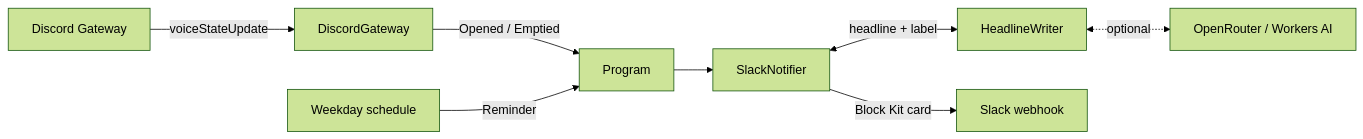
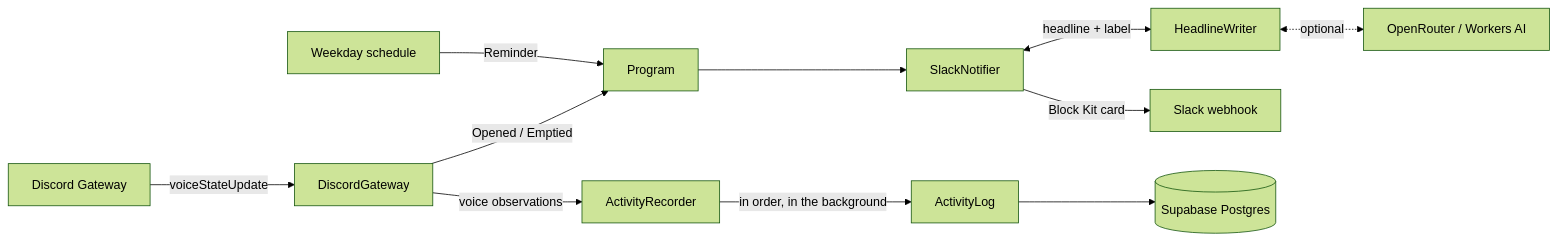
One commit to ChristopherPHolder/virtual-office-notifier changed the diagram in README.md. Above: the diagram before and after it, drawn with Mermaid (forest theme). The commit also changed other lines of this file and 19 other files, not shown here.

First line of the commit message:
feat: record office voice activity in Supabase

````diff
--- a/README.md
+++ b/README.md
@@ -71,10 +72,13 @@
 ```mermaid
 flowchart LR
   Discord[Discord Gateway] -->|voiceStateUpdate| Gateway[DiscordGateway]
   Gateway -->|Opened / Emptied| Program
   Schedule[Weekday schedule] -->|Reminder| Program
   Program --> Notifier[SlackNotifier]
   Notifier <-->|headline + label| Writer[HeadlineWriter]
   Writer <-.->|optional| AI[OpenRouter / Workers AI]
   Notifier -->|Block Kit card| Slack[Slack webhook]
+  Gateway -->|voice observations| Recorder[ActivityRecorder]
+  Recorder -->|in order, in the background| Log[ActivityLog]
+  Log --> Postgres[(Supabase Postgres)]
 ```
````
